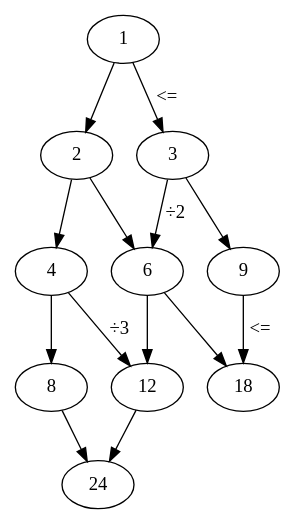
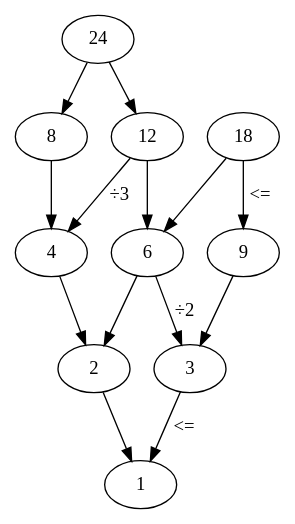
One commit to awalterschulze/category-theory-for-programmers-challenges changed the first of 7 diagrams in 105-Products-and-Coproducts.md. Above: the diagram before and after it, drawn with Graphviz. The commit also changed other lines of this file and 3 other files, not shown here.

````diff
--- a/105-Products-and-Coproducts.md
+++ b/105-Products-and-Coproducts.md
@@ -36,17 +36,17 @@
 ```dot
 digraph G {
-    1 -> 3 [label="<="]
-    1 -> 2
-    2 -> 6
-    2 -> 4
-    3 -> 6 [label="÷2"]
-    3 -> 9
-    4 -> 8
-    4 -> 12 [label="÷3"]
-    6 -> 12
-    6 -> 18
-    8 -> 24
-    9 -> 18 [label="<="]
-    12 -> 24
+    3 -> 1 [label="<="]
+    2 -> 1
+    6 -> 2
+    4 -> 2
+    6 -> 3 [label="÷2"]
+    9 -> 3
+    8 -> 4
+    12 -> 4 [label="÷3"]
+    12 -> 6
+    18 -> 6
+    24 -> 8
+    18 -> 9 [label="<="]
+    24 -> 12
 }
 ```
````
